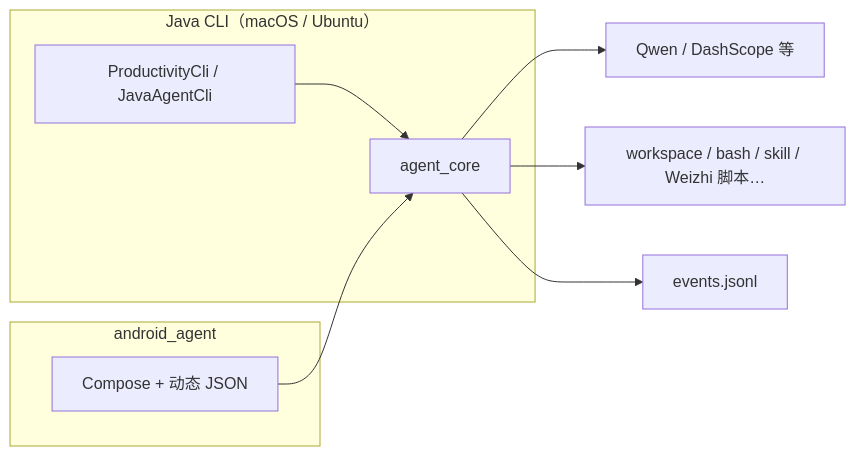
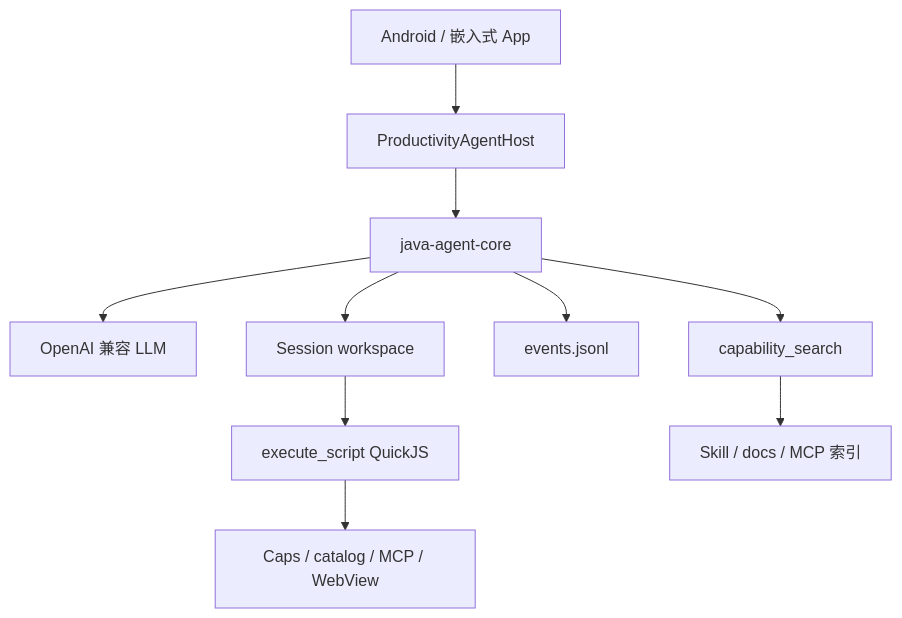
The diagram in README.md (fengshihao/agent1), drawn with Mermaid before and after one commit. The commit also changed other lines of this file and 1 other file, not shown here.

````diff
--- a/README.md
+++ b/README.md
@@ -133,14 +158,13 @@
 ```mermaid
-flowchart LR
-  subgraph Desktop["Java CLI（macOS / Ubuntu）"]
-    CLI[ProductivityCli / JavaAgentCli]
-    CLI --> Core[agent_core]
-  end
-  subgraph Mobile["android_agent"]
-    App[Compose + 动态 JSON]
-    App --> Core
-  end
-  Core --> LLM[Qwen / DashScope 等]
-  Core --> Tools[workspace / bash / skill / Weizhi 脚本…]
-  Core --> Events[events.jsonl]
+flowchart TB
+  Host[Android / 嵌入式 App]
+  Host --> Gateway[ProductivityAgentHost]
+  Gateway --> Core[java-agent-core]
+  Core --> LLM[OpenAI 兼容 LLM]
+  Core --> WS[Session workspace]
+  WS --> JS[execute_script QuickJS]
+  JS --> Cap[Caps / catalog / MCP / WebView]
+  Core --> Audit[events.jsonl]
+  Core --> Search[capability_search]
+  Search --> Skill[Skill / docs / MCP 索引]
 ```
````
